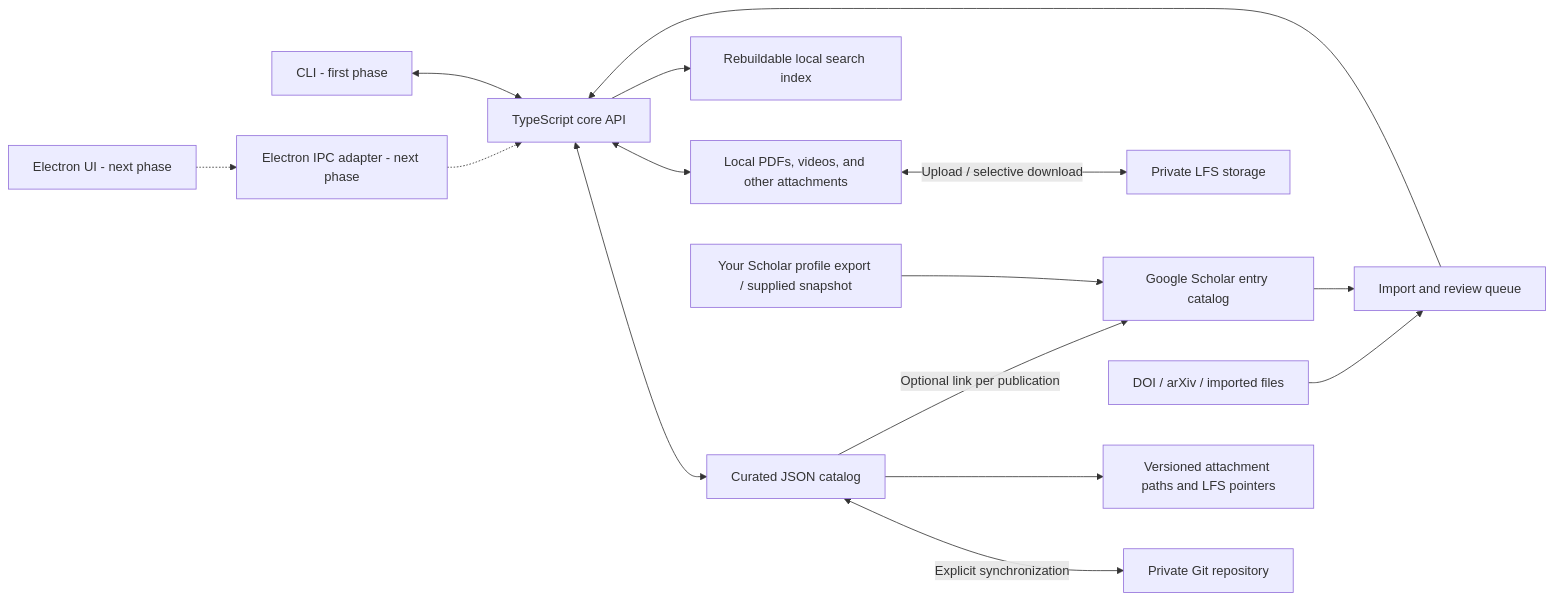
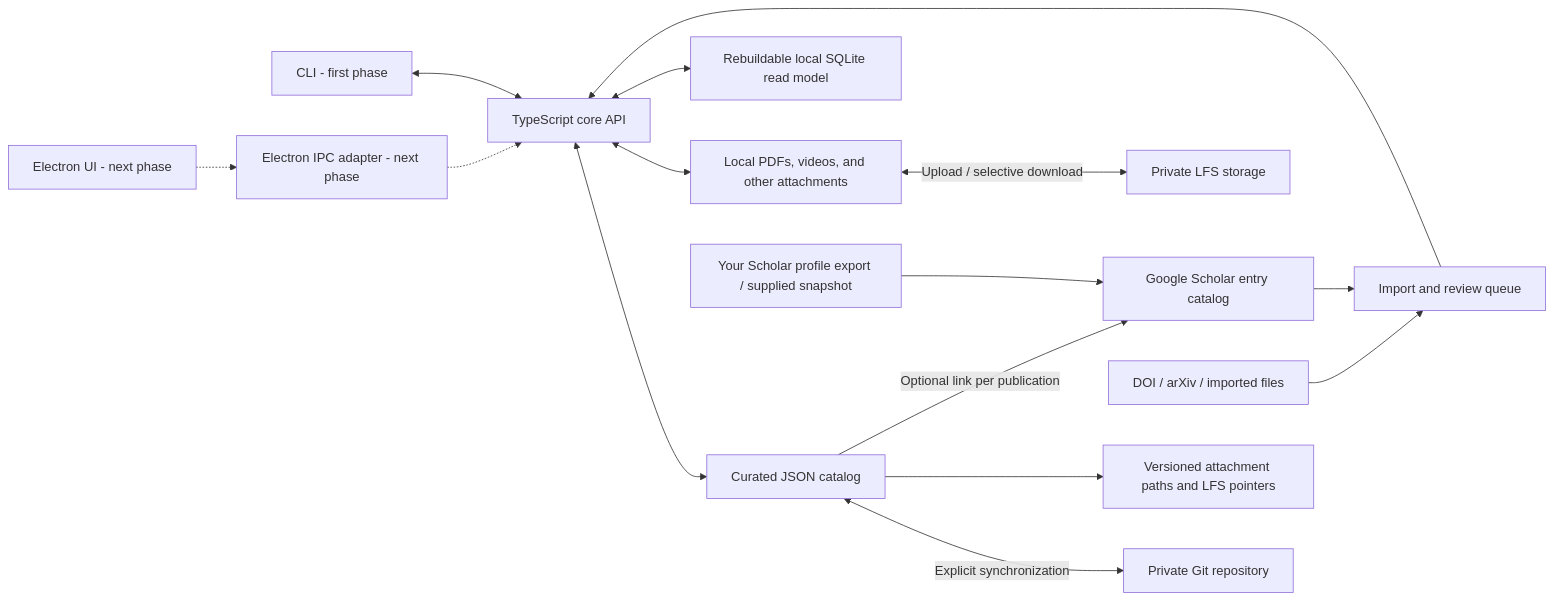
One commit to lindahua/MyPub changed the diagram in DESIGN.md. Above: the diagram before and after it, drawn with Mermaid. The commit also changed other lines of this file and 8 other files, not shown here.

Commit message:
Implement automatically refreshed local SQLite read model

````diff
--- a/DESIGN.md
+++ b/DESIGN.md
@@ -33,17 +33,17 @@
 ```mermaid
 flowchart LR
     CLI[CLI - first phase] <--> APP[TypeScript core API]
     UI[Electron UI - next phase] -.-> BRIDGE[Electron IPC adapter - next phase]
     BRIDGE -.-> APP
     APP <--> CAT[Curated JSON catalog]
     CAT <-->|Explicit synchronization| REMOTE[Private Git repository]
     APP <--> FILES[Local PDFs, videos, and other attachments]
     FILES <-->|Upload / selective download| LFS[Private LFS storage]
     CAT --> POINTERS[Versioned attachment paths and LFS pointers]
-    APP --> INDEX[Rebuildable local search index]
+    APP <--> INDEX[Rebuildable local SQLite read model]
     SOURCES[DOI / arXiv / imported files] --> REVIEW[Import and review queue]
     REVIEW --> APP
     SCHOLAR[Your Scholar profile export / supplied snapshot] --> GS[Google Scholar entry catalog]
     GS --> REVIEW
     CAT -->|Optional link per publication| GS
 ```
````
